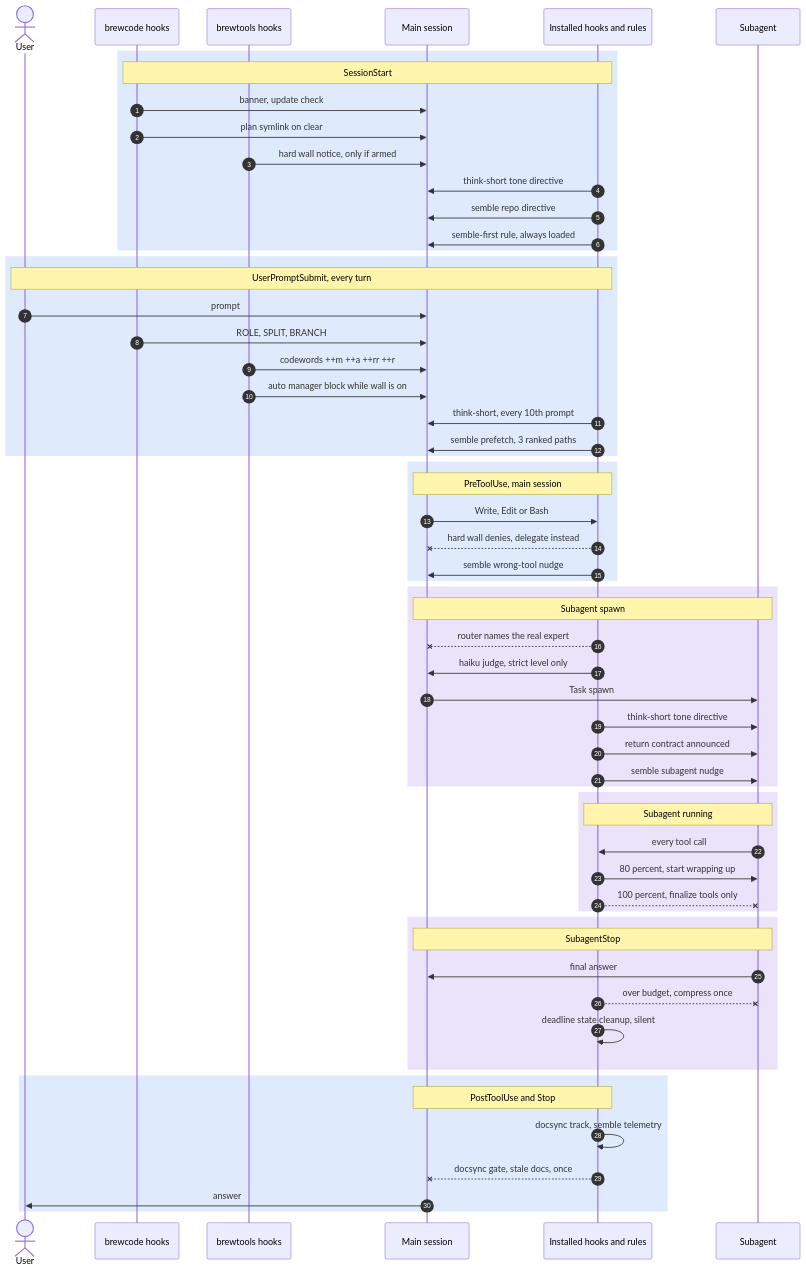
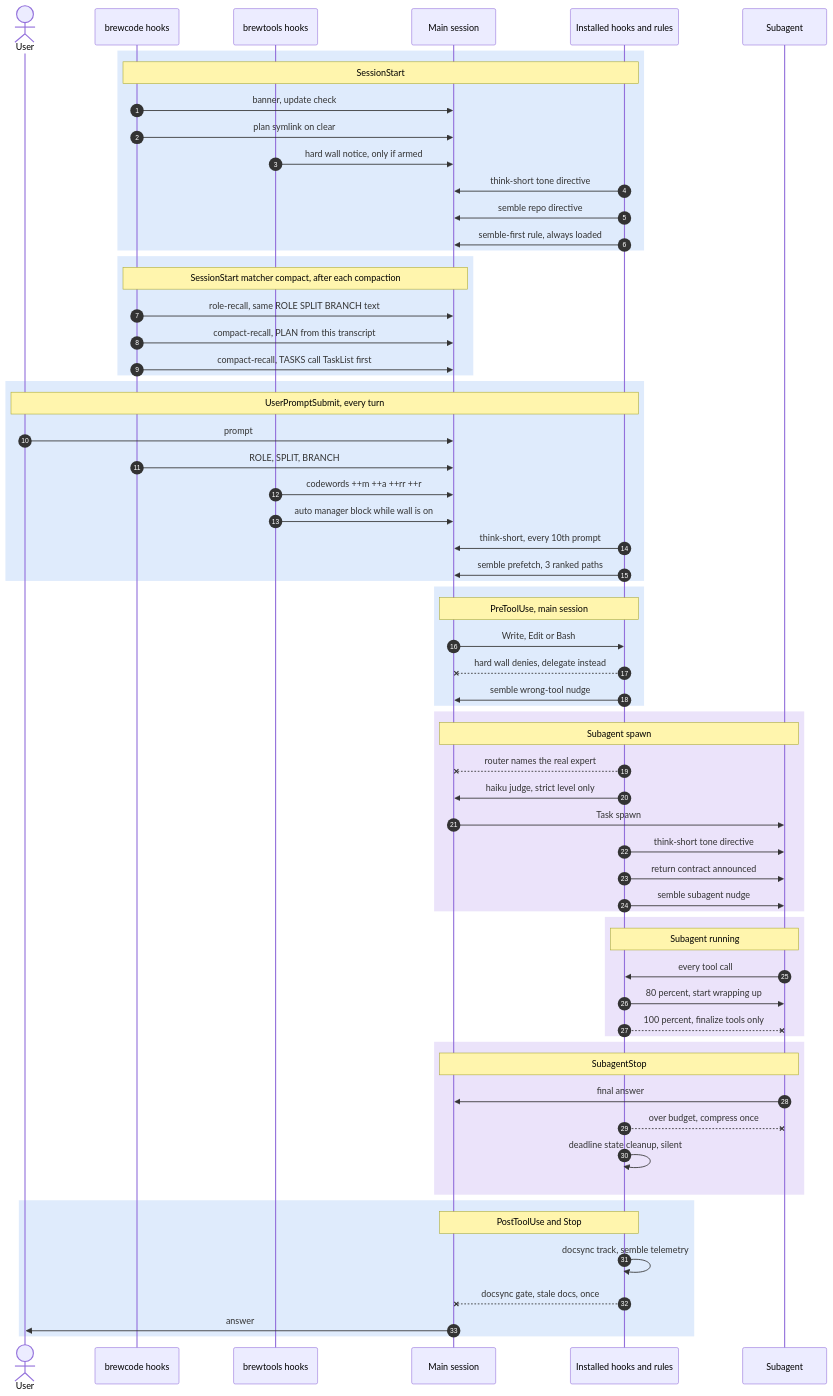
The second of 2 diagrams in APPROACHES.md (kochetkov-ma/claude-brewcode), drawn with Mermaid before and after one commit. The commit also changed other lines of this file and 85 other files, not shown here.

Commit message:
v5.7.0: post-compaction role/plan/task recall hooks + agent-router content_version staleness

````diff
--- a/APPROACHES.md
+++ b/APPROACHES.md
@@ -160,68 +167,75 @@
 ```mermaid
 sequenceDiagram
   autonumber
   actor U as User
   participant BC as brewcode hooks
   participant BT as brewtools hooks
   participant MS as Main session
   participant PH as Installed hooks and rules
   participant SA as Subagent
 
   rect rgba(31,111,235,0.14)
     Note over BC,PH: SessionStart
     BC->>MS: banner, update check
     BC->>MS: plan symlink on clear
     BT->>MS: hard wall notice, only if armed
     PH->>MS: think-short tone directive
     PH->>MS: semble repo directive
     PH->>MS: semble-first rule, always loaded
+  end
+
+  rect rgba(31,111,235,0.14)
+    Note over BC,MS: SessionStart matcher compact, after each compaction
+    BC->>MS: role-recall, same ROLE SPLIT BRANCH text
+    BC->>MS: compact-recall, PLAN from this transcript
+    BC->>MS: compact-recall, TASKS call TaskList first
   end
 
   rect rgba(31,111,235,0.14)
     Note over U,PH: UserPromptSubmit, every turn
     U->>MS: prompt
     BC->>MS: ROLE, SPLIT, BRANCH
     BT->>MS: codewords ++m ++a ++rr ++r
     BT->>MS: auto manager block while wall is on
     PH->>MS: think-short, every 10th prompt
     PH->>MS: semble prefetch, 3 ranked paths
   end
 
   rect rgba(31,111,235,0.14)
     Note over MS,PH: PreToolUse, main session
     MS->>PH: Write, Edit or Bash
     PH--xMS: hard wall denies, delegate instead
     PH->>MS: semble wrong-tool nudge
   end
 
   rect rgba(130,80,223,0.16)
     Note over MS,SA: Subagent spawn
     PH--xMS: router names the real expert
     PH->>MS: haiku judge, strict level only
     MS->>SA: Task spawn
     PH->>SA: think-short tone directive
     PH->>SA: return contract announced
     PH->>SA: semble subagent nudge
   end
 
   rect rgba(130,80,223,0.16)
     Note over PH,SA: Subagent running
     SA->>PH: every tool call
     PH->>SA: 80 percent, start wrapping up
     PH--xSA: 100 percent, finalize tools only
   end
 
   rect rgba(130,80,223,0.16)
     Note over MS,SA: SubagentStop
     SA->>MS: final answer
     PH--xSA: over budget, compress once
     PH->>PH: deadline state cleanup, silent
   end
 
   rect rgba(31,111,235,0.14)
     Note over MS,PH: PostToolUse and Stop
     PH->>PH: docsync track, semble telemetry
     PH--xMS: docsync gate, stale docs, once
     MS->>U: answer
   end
 ```
````
